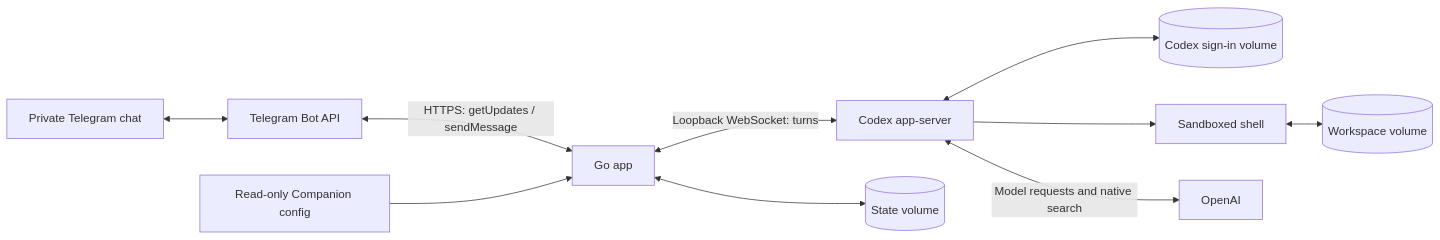
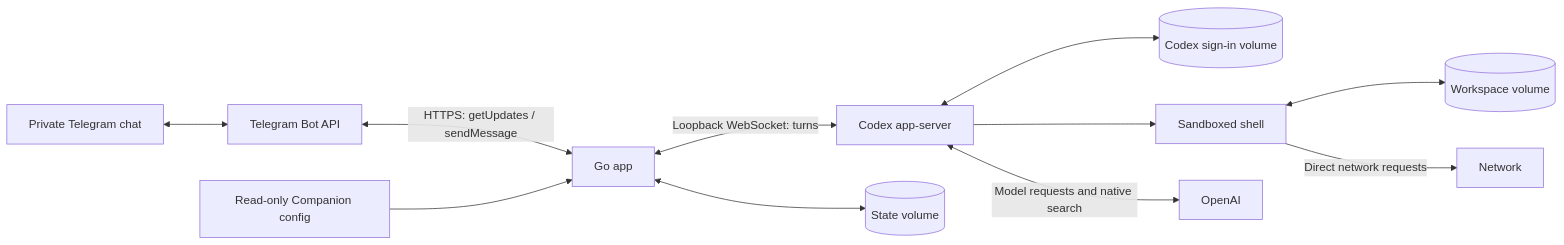
Before and after one commit to hsnprsd/companion: the diagram in ARCHITECTURE.md, drawn with Mermaid. The commit also changed other lines of this file and 12 other files, not shown here.

Commit message:
Enable network access for the Companion shell

````diff
--- a/ARCHITECTURE.md
+++ b/ARCHITECTURE.md
@@ -9,12 +9,13 @@
 ```mermaid
 flowchart LR
     User[Private Telegram chat] <--> TG[Telegram Bot API]
     TG <-->|HTTPS: getUpdates / sendMessage| App[Go app]
     App <-->|Loopback WebSocket: turns| Runner[Codex app-server]
     App <--> State[(State volume)]
     Config[Read-only Companion config] --> App
     Runner <--> Auth[(Codex sign-in volume)]
     Runner --> Shell[Sandboxed shell]
     Shell <--> Workspace[(Workspace volume)]
+    Shell -->|Direct network requests| Network[Network]
     Runner <-->|Model requests and native search| OpenAI[OpenAI]
 ```
````
